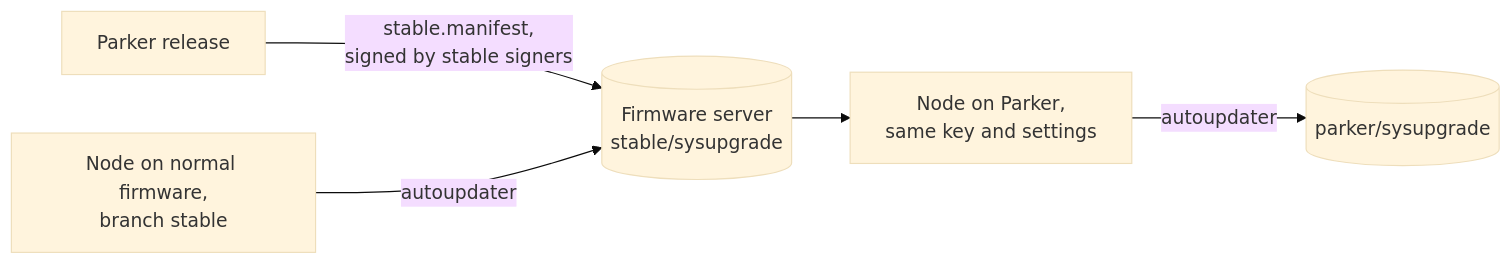
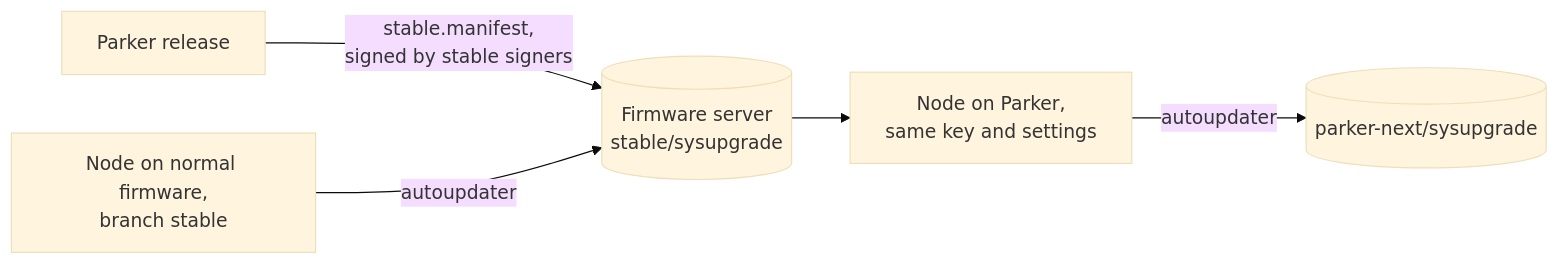
One commit to freifunkMUC/site-ffm changed the first of 2 diagrams in docs/parker-migration.md. Above: the diagram before and after it, drawn with Mermaid (base theme). The commit also changed other lines of this file and 2 other files, not shown here.

First line of the commit message:
parker-next: use the parker_next autoupdater branch

````diff
--- a/docs/parker-migration.md
+++ b/docs/parker-migration.md
@@ -26,7 +31,7 @@
 ```mermaid
 flowchart LR
     R[Parker release] -->|stable.manifest,<br/>signed by stable signers| S[(Firmware server<br/>stable/sysupgrade)]
     N[Node on normal firmware,<br/>branch stable] -->|autoupdater| S
     S --> P[Node on Parker,<br/>same key and settings]
-    P -->|autoupdater| B[(parker/sysupgrade)]
+    P -->|autoupdater| B[(parker-next/sysupgrade)]
 ```
````
